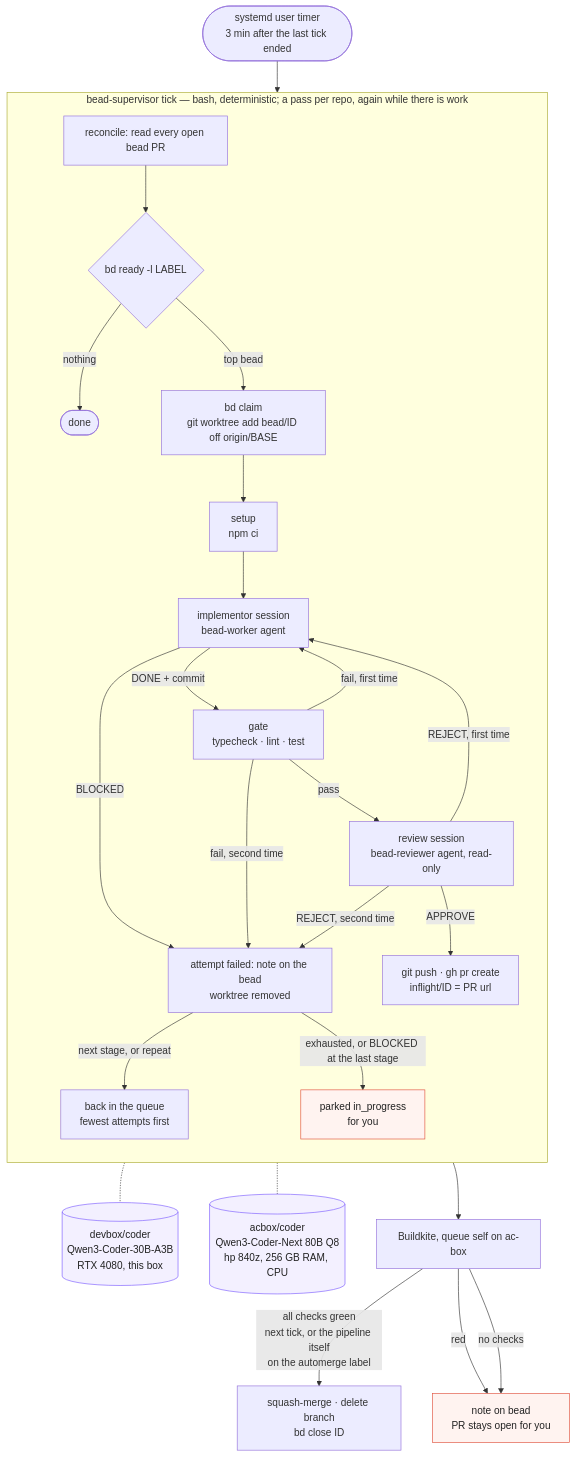
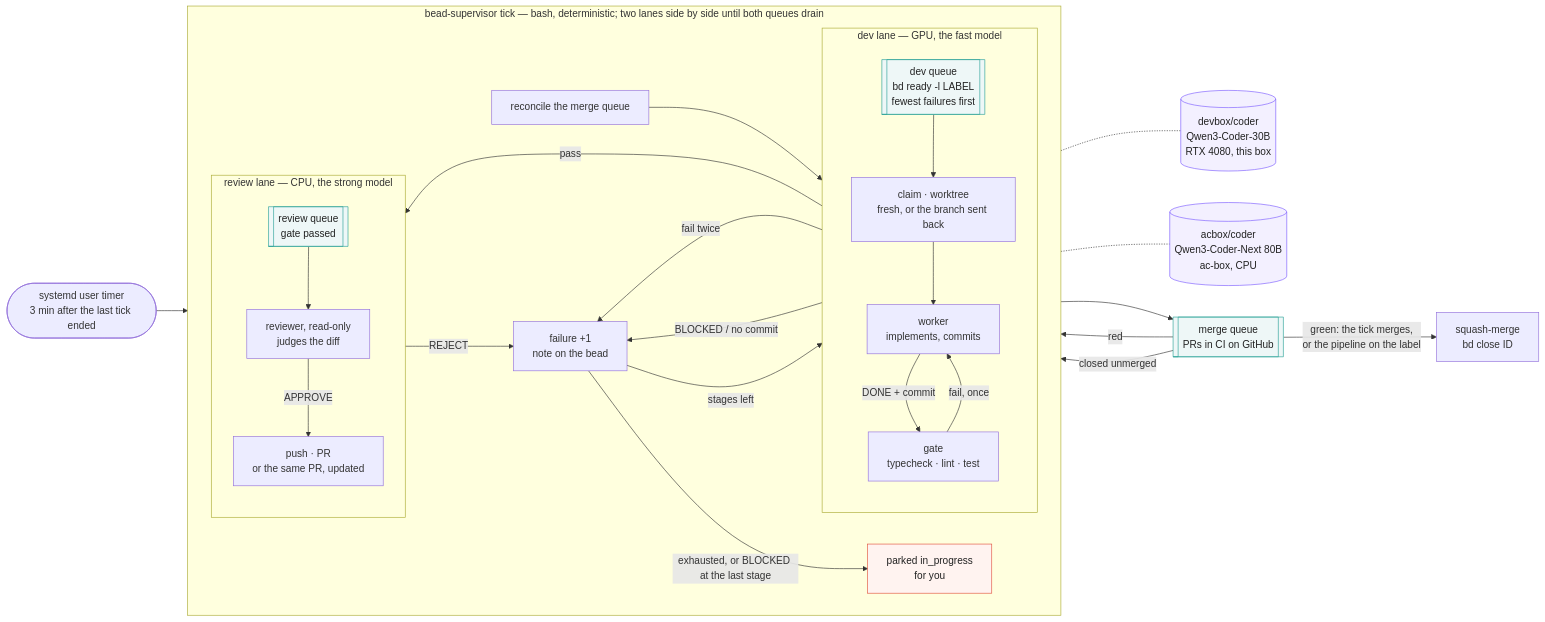
The diagram in README.md (imkarrer/bead-loop), drawn with Mermaid before and after one commit. The commit also changed other lines of this file and 8 other files, not shown here.

````diff
--- a/README.md
+++ b/README.md
@@ -9,36 +12,45 @@
 ```mermaid
-flowchart TD
+flowchart LR
   T([systemd user timer<br/>3 min after the last tick ended]) --> R
 
-  subgraph tick [bead-supervisor tick — bash, deterministic; a pass per repo, again while there is work]
-    direction TB
-    R[reconcile: read every open bead PR] --> P{bd ready -l LABEL}
-    P -- nothing --> Z([done])
-    P -- top bead --> C[bd claim<br/>git worktree add bead/ID off origin/BASE]
-    C --> U[setup<br/>npm ci]
-    U --> W[implementor session<br/>bead-worker agent]
-    W -- DONE + commit --> G[gate<br/>typecheck · lint · test]
-    W -- BLOCKED --> F
-    G -- fail, first time --> W
-    G -- fail, second time --> F
-    G -- pass --> V[review session<br/>bead-reviewer agent, read-only]
-    V -- REJECT, first time --> W
-    V -- REJECT, second time --> F[attempt failed: note on the bead<br/>worktree removed]
-    F -- next stage, or repeat --> Q[back in the queue<br/>fewest attempts first]
+  subgraph tick [bead-supervisor tick — bash, deterministic; two lanes side by side until both queues drain]
+    direction LR
+    R[reconcile the merge queue] --> DQ
+
+    subgraph devlane [dev lane — GPU, the fast model]
+      direction TB
+      DQ[[dev queue<br/>bd ready -l LABEL<br/>fewest failures first]] --> C[claim · worktree<br/>fresh, or the branch sent back]
+      C --> W[worker<br/>implements, commits]
+      W -- DONE + commit --> G[gate<br/>typecheck · lint · test]
+      G -- fail, once --> W
+    end
+
+    subgraph reviewlane [review lane — CPU, the strong model]
+      direction TB
+      RQ[[review queue<br/>gate passed]] --> V[reviewer, read-only<br/>judges the diff]
+      V -- APPROVE --> PR[push · PR<br/>or the same PR, updated]
+    end
+
+    G -- pass --> RQ
+    W -- BLOCKED / no commit --> F
+    G -- fail twice --> F
+    V -- REJECT --> F
+    F[failure +1<br/>note on the bead] -- stages left --> DQ
     F -- exhausted, or BLOCKED at the last stage --> H[parked in_progress<br/>for you]
-    V -- APPROVE --> PR[git push · gh pr create<br/>inflight/ID = PR url]
   end
 
-  W -.- GPU[(devbox/coder<br/>Qwen3-Coder-30B-A3B<br/>RTX 4080, this box)]
-  V -.- CPU[(acbox/coder<br/>Qwen3-Coder-Next 80B Q8<br/>hp 840z, 256 GB RAM, CPU)]
+  W -.- GPU[(devbox/coder<br/>Qwen3-Coder-30B<br/>RTX 4080, this box)]
+  V -.- CPU[(acbox/coder<br/>Qwen3-Coder-Next 80B<br/>ac-box, CPU)]
 
-  PR --> CI[Buildkite, queue self on ac-box]
-  CI -- all checks green<br/>next tick, or the pipeline itself<br/>on the automerge label --> M[squash-merge · delete branch<br/>bd close ID]
-  CI -- red --> N[note on bead<br/>PR stays open for you]
-  CI -- no checks --> N
+  PR --> MQ[[merge queue<br/>PRs in CI on GitHub]]
+  MQ -- green: the tick merges,<br/>or the pipeline on the label --> M[squash-merge<br/>bd close ID]
+  MQ -- red --> F
+  MQ -- closed unmerged --> H
 
   classDef model fill:#f3f0ff,stroke:#7c5cff,color:#222
   classDef stop fill:#fff3f0,stroke:#e0503c,color:#222
+  classDef queue fill:#eef7f7,stroke:#2aa198,color:#222
   class GPU,CPU model
-  class H,N stop
+  class H stop
+  class DQ,RQ,MQ queue
 ```
````
